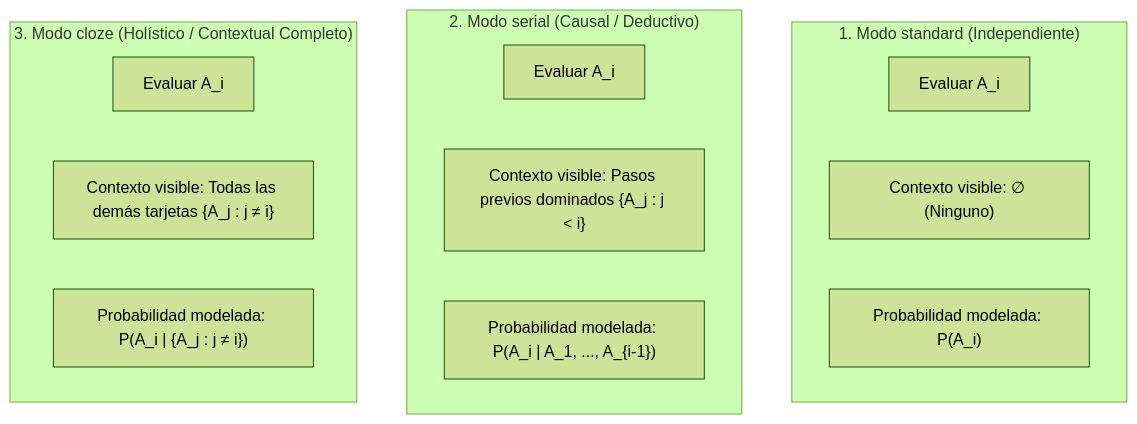
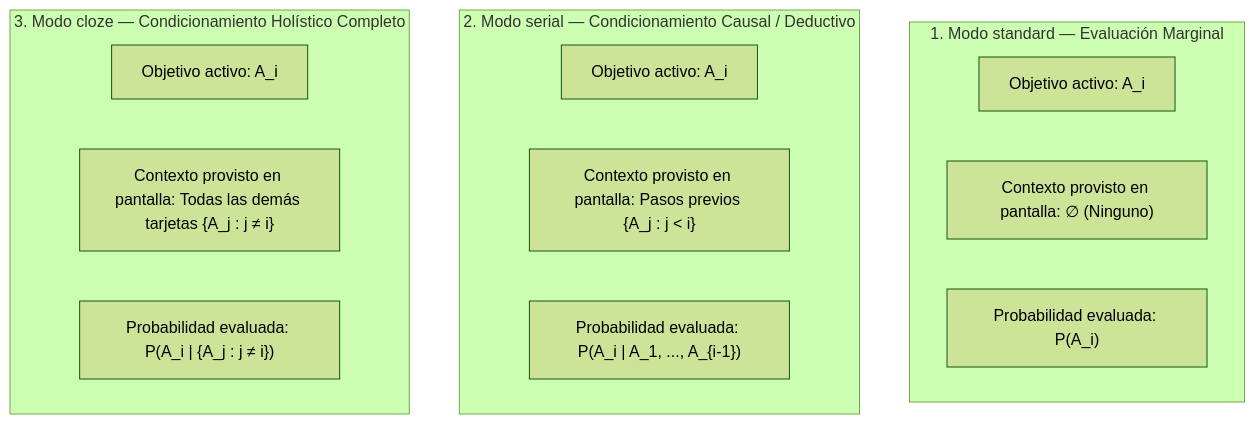
The first of 2 diagrams in specZ/05_SCHEDULING_AND_REVIEW_ENGINE.md (SSParzival/Morphism-SRS-plus), drawn with Mermaid (forest theme) before and after one commit. The commit also changed other lines of this file and 9 other files, not shown here.

````diff
--- a/specZ/05_SCHEDULING_AND_REVIEW_ENGINE.md
+++ b/specZ/05_SCHEDULING_AND_REVIEW_ENGINE.md
@@ -19,20 +63,20 @@
 ```mermaid
 flowchart TD
-    subgraph Standard["1. Modo standard (Independiente)"]
-        S1["Evaluar A_i"]
-        S2["Contexto visible: ∅ (Ninguno)"]
-        S3["Probabilidad modelada: P(A_i)"]
+    subgraph Standard["1. Modo standard — Evaluación Marginal"]
+        S1["Objetivo activo: A_i"]
+        S2["Contexto provisto en pantalla: ∅ (Ninguno)"]
+        S3["Probabilidad evaluada: P(A_i)"]
     end
 
-    subgraph Serial["2. Modo serial (Causal / Deductivo)"]
-        SE1["Evaluar A_i"]
-        SE2["Contexto visible: Pasos previos dominados {A_j : j < i}"]
-        SE3["Probabilidad modelada: P(A_i | A_1, ..., A_{i-1})"]
+    subgraph Serial["2. Modo serial — Condicionamiento Causal / Deductivo"]
+        SE1["Objetivo activo: A_i"]
+        SE2["Contexto provisto en pantalla: Pasos previos {A_j : j < i}"]
+        SE3["Probabilidad evaluada: P(A_i | A_1, ..., A_{i-1})"]
     end
 
-    subgraph Cloze["3. Modo cloze (Holístico / Contextual Completo)"]
-        C1["Evaluar A_i"]
-        C2["Contexto visible: Todas las demás tarjetas {A_j : j ≠ i}"]
-        C3["Probabilidad modelada: P(A_i | {A_j : j ≠ i})"]
+    subgraph Cloze["3. Modo cloze — Condicionamiento Holístico Completo"]
+        C1["Objetivo activo: A_i"]
+        C2["Contexto provisto en pantalla: Todas las demás tarjetas {A_j : j ≠ i}"]
+        C3["Probabilidad evaluada: P(A_i | {A_j : j ≠ i})"]
     end
 ```
````
